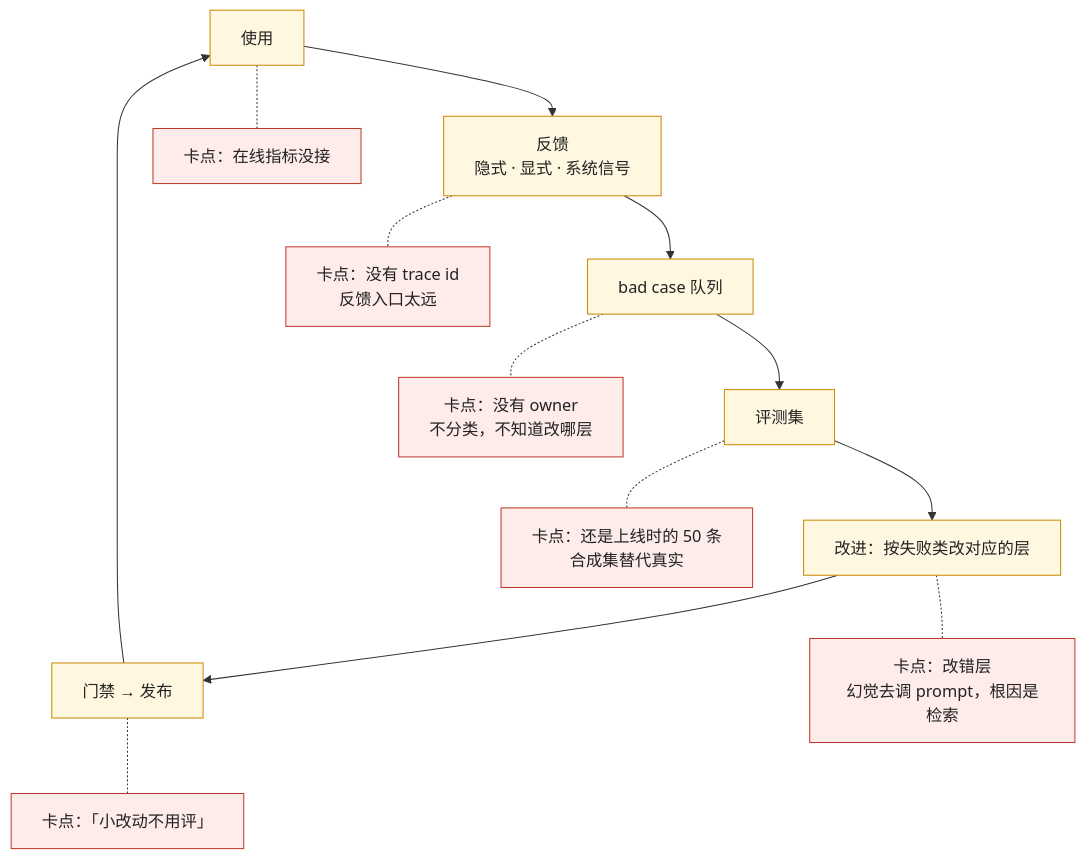
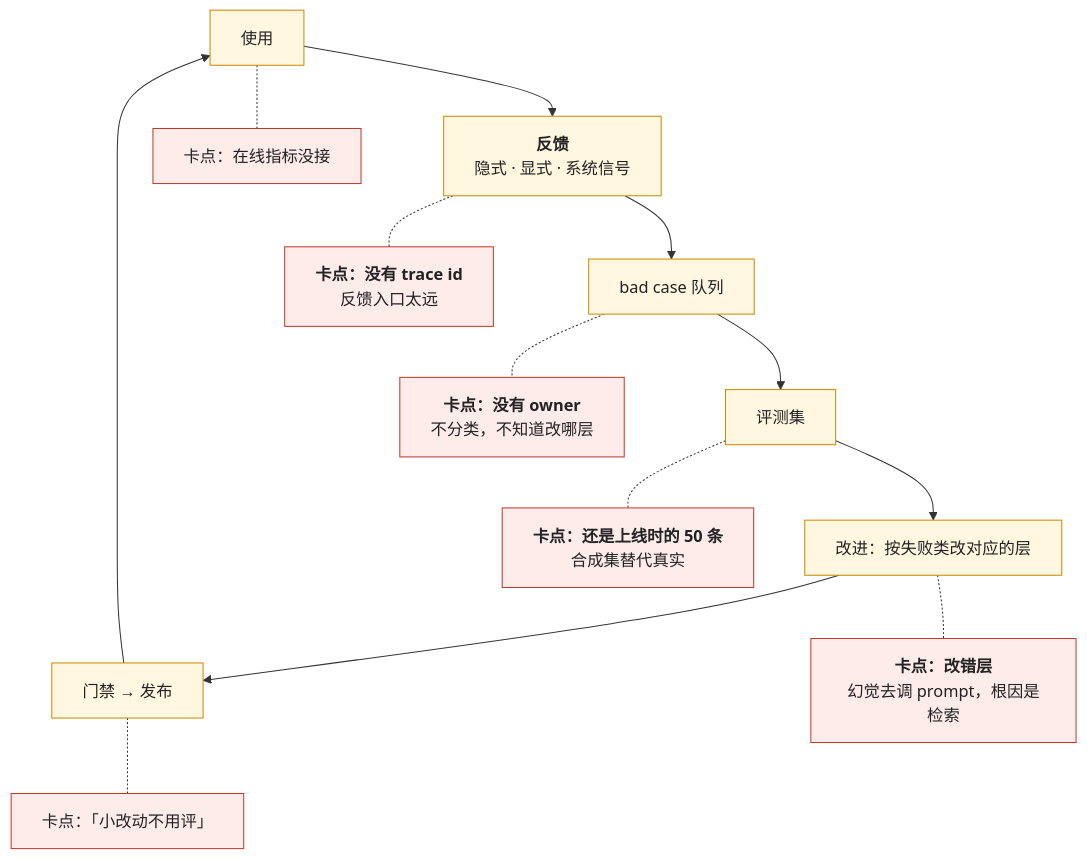
One commit to arganzheng/arganzheng.github.com changed the second of 5 diagrams in _posts/2026-11-14-data-flywheel-and-deploying-to-the-physical-world.md. Above: the diagram before and after it, drawn with Mermaid. The commit also changed other lines of this file and 7 other files, not shown here.

First line of the commit message:
生产化与运营：让 AI 应用可靠、可控、可持续地跑：Mermaid 多行方框的首行标为标题（8 篇）

````diff
--- a/_posts/2026-11-14-data-flywheel-and-deploying-to-the-physical-world.md
+++ b/_posts/2026-11-14-data-flywheel-and-deploying-to-the-physical-world.md
@@ -70,20 +70,20 @@
 ```mermaid
 %% 图：飞轮的六个环各自最常卡在哪——反馈没带 trace id 就是无法处理的抱怨；队列没有 owner 进了表没人看；评测集不长还是上线时的 50 条；改错层（幻觉去调 prompt 而根因是检索）；跳门禁「小改动不用评」；在线指标没接不知道改了有没有用；三个判据：每周新用例 · 每月过门禁的发布 · 失败分布在变
 flowchart TB
-    U["使用"] --> F["反馈<br/>隐式 · 显式 · 系统信号"]
+    U["使用"] --> F["<b>反馈</b><br/>隐式 · 显式 · 系统信号"]
     F --> Q["bad case 队列"]
     Q --> E["评测集"]
     E --> I["改进：按失败类改对应的层"]
     I --> G["门禁 → 发布"]
     G --> U
-    F -.- X1["卡点：没有 trace id<br/>反馈入口太远"]
-    Q -.- X2["卡点：没有 owner<br/>不分类，不知道改哪层"]
-    E -.- X3["卡点：还是上线时的 50 条<br/>合成集替代真实"]
-    I -.- X4["卡点：改错层<br/>幻觉去调 prompt，根因是检索"]
+    F -.- X1["<b>卡点：没有 trace id</b><br/>反馈入口太远"]
+    Q -.- X2["<b>卡点：没有 owner</b><br/>不分类，不知道改哪层"]
+    E -.- X3["<b>卡点：还是上线时的 50 条</b><br/>合成集替代真实"]
+    I -.- X4["<b>卡点：改错层</b><br/>幻觉去调 prompt，根因是检索"]
     G -.- X5["卡点：「小改动不用评」"]
     U -.- X6["卡点：在线指标没接"]
     classDef step fill:#fff7e0,stroke:#c98a00,color:#222
     classDef bad fill:#fdecea,stroke:#c0392b,color:#222
     class U,F,Q,E,I,G step
     class X1,X2,X3,X4,X5,X6 bad
 ```
````
